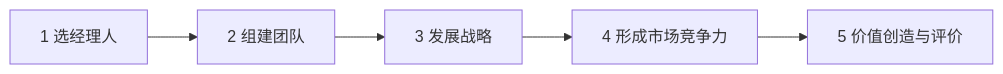
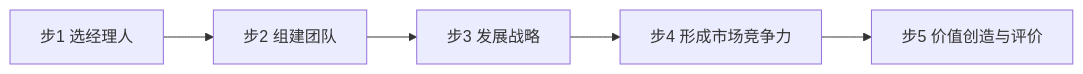
One commit to xiaxinyu/knowledge_base changed the diagram in 50-strategy/54-ning-gaoning-talent-selection-treatise.md. Above: the diagram before and after it, drawn with Mermaid. The commit also changed other lines of this file and 1 other file, not shown here.

````diff
--- a/50-strategy/54-ning-gaoning-talent-selection-treatise.md
+++ b/50-strategy/54-ning-gaoning-talent-selection-treatise.md
@@ -137,7 +177,7 @@
 ```mermaid
 flowchart LR
-  A["1 选经理人"] --> B["2 组建团队"]
-  B --> C["3 发展战略"]
-  C --> D["4 形成市场竞争力"]
-  D --> E["5 价值创造与评价"]
+  A["步1 选经理人"] --> B["步2 组建团队"]
+  B --> C["步3 发展战略"]
+  C --> D["步4 形成市场竞争力"]
+  D --> E["步5 价值创造与评价"]
 ```
````
